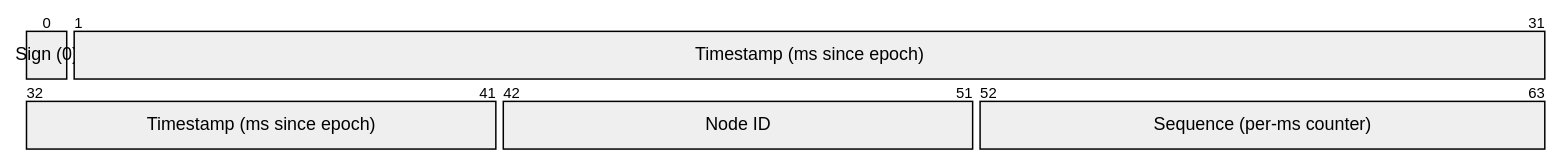
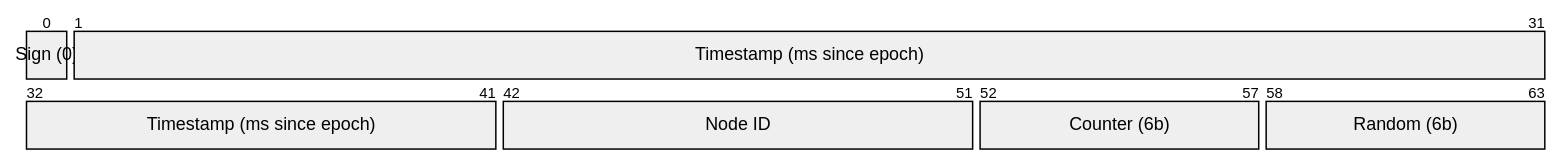
One commit to Albe83/snowflake-id-service changed the first of 5 diagrams in docs/design/snowflake-algorithm-workflow.md. Above: the diagram before and after it, drawn with Mermaid. The commit also changed other lines of this file, not shown here.

Commit message:
docs(design): apply hybrid sequence (counter + random bits) to all diagrams

````diff
--- a/docs/design/snowflake-algorithm-workflow.md
+++ b/docs/design/snowflake-algorithm-workflow.md
@@ -5,7 +5,8 @@
 ```mermaid
 packet-beta
 0: "Sign (0)"
 1-41: "Timestamp (ms since epoch)"
 42-51: "Node ID"
-52-63: "Sequence (per-ms counter)"
+52-57: "Counter (6b)"
+58-63: "Random (6b)"
 ```
````
